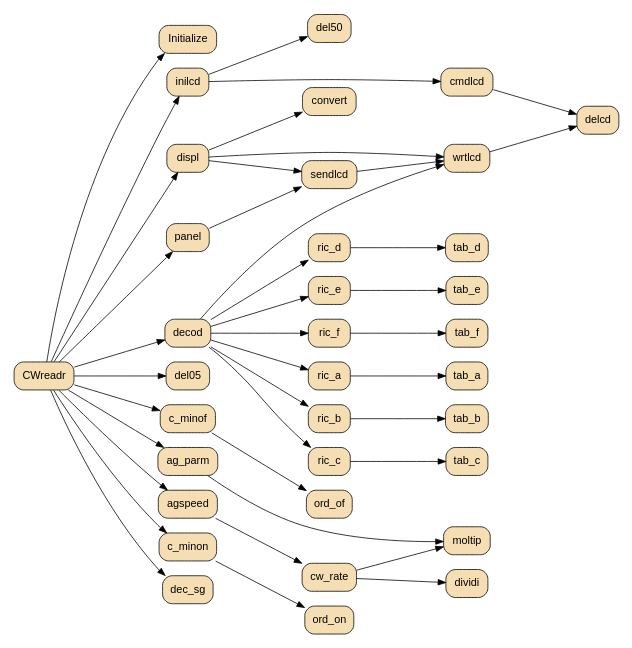
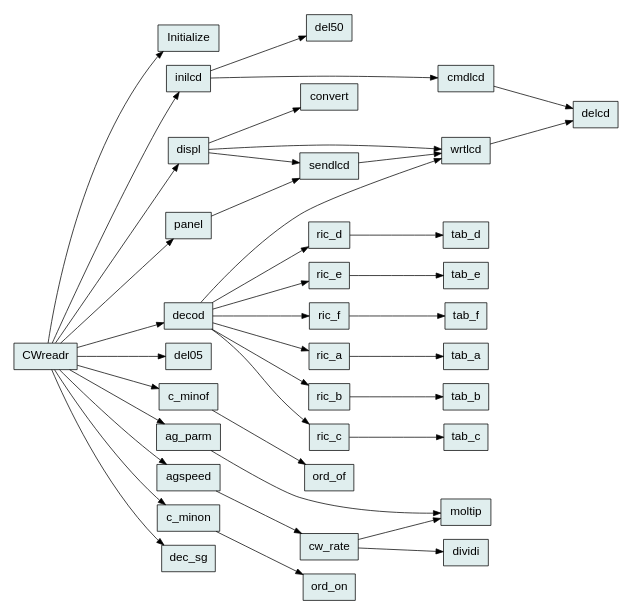
One commit to jjmcd/Elmer160 changed the diagram in CWreadr/CWreadr.dot. Above: the diagram before and after it, drawn with Graphviz.

Commit message:
Color in nodes

```diff
--- a/CWreadr/CWreadr.dot
+++ b/CWreadr/CWreadr.dot
@@ -1,47 +1,47 @@
-digraph CWreadr
+digraph CW_reader
 {
      size="6,7";
     rankdir="LR"; ranksep=1.5;
-    node [shape=Mrecord, fontname="Helvetica",
-	style=filled, fillcolor=Wheat];
+    node [shape=record, fontname="Helvetica",fontsize=16,
+	style=filled, fillcolor=azure2];
 
     CWreadr -> Initialize;
     CWreadr -> inilcd;
     CWreadr -> panel;
     CWreadr -> del05;
     CWreadr -> displ;
     CWreadr -> c_minof;
     CWreadr -> agspeed;
     CWreadr -> decod;
     CWreadr -> c_minon;
     CWreadr -> ag_parm;
     CWreadr -> dec_sg;
     decod -> ric_a;
     decod -> ric_b;
     decod -> ric_c;
     decod -> ric_d;
     decod -> ric_e;
     decod -> ric_f;
     decod -> wrtlcd;
     ag_parm -> moltip;
     c_minon -> ord_on;
     c_minof -> ord_of;
     inilcd -> del50;
     inilcd -> cmdlcd;
     sendlcd -> wrtlcd;
     cmdlcd -> delcd;
     wrtlcd -> delcd;
     cw_rate -> moltip;
     cw_rate -> dividi;
     agspeed -> cw_rate;
     displ -> wrtlcd;
     displ -> convert;
     displ -> sendlcd;
     ric_a -> tab_a;
     ric_b -> tab_b;
     ric_c -> tab_c;
     ric_d -> tab_d;
     ric_e -> tab_e;
     ric_f -> tab_f;
     panel -> sendlcd;
 }
```
